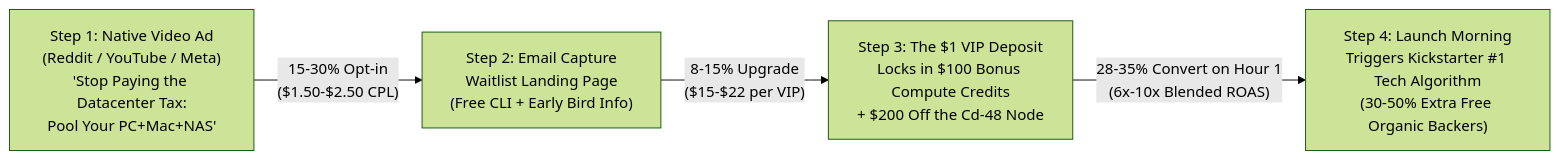
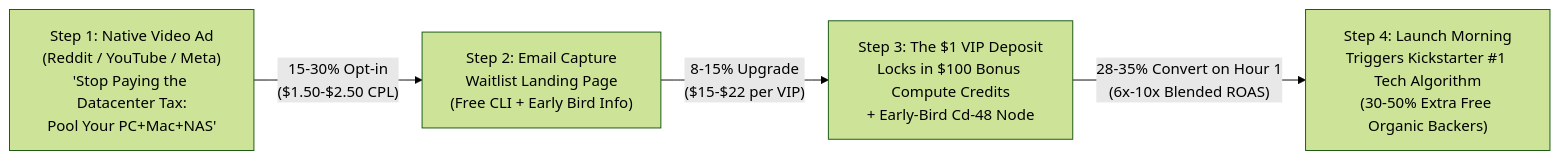
The fifth of 6 diagrams in docs/MARKET_RESEARCH_AND_LAUNCH_PLAN.md (mESmaC/Kadmium), drawn with Mermaid (forest theme) before and after one commit. The commit also changed other lines of this file and 1 other file, not shown here.

Commit message:
docs: upgrade business & launch plans with Q4 2026 distributed compute research and R4 ledger alignment

````diff
--- a/docs/MARKET_RESEARCH_AND_LAUNCH_PLAN.md
+++ b/docs/MARKET_RESEARCH_AND_LAUNCH_PLAN.md
@@ -595,6 +601,6 @@
 ```mermaid
 flowchart LR
     A["Step 1: Native Video Ad\n(Reddit / YouTube / Meta)\n'Stop Paying the Datacenter Tax:\nPool Your PC+Mac+NAS'"] -->|"15-30% Opt-in\n($1.50-$2.50 CPL)"| B["Step 2: Email Capture\nWaitlist Landing Page\n(Free CLI + Early Bird Info)"]
-    B -->|"8-15% Upgrade\n($15-$22 per VIP)"| C["Step 3: The $1 VIP Deposit\nLocks in $100 Bonus Compute Credits\n+ $200 Off the Cd-48 Node"]
+    B -->|"8-15% Upgrade\n($15-$22 per VIP)"| C["Step 3: The $1 VIP Deposit\nLocks in $100 Bonus Compute Credits\n+ Early-Bird Cd-48 Node"]
     C -->|"28-35% Convert on Hour 1\n(6x-10x Blended ROAS)"| D["Step 4: Launch Morning\nTriggers Kickstarter #1 Tech Algorithm\n(30-50% Extra Free Organic Backers)"]
 ```
````
